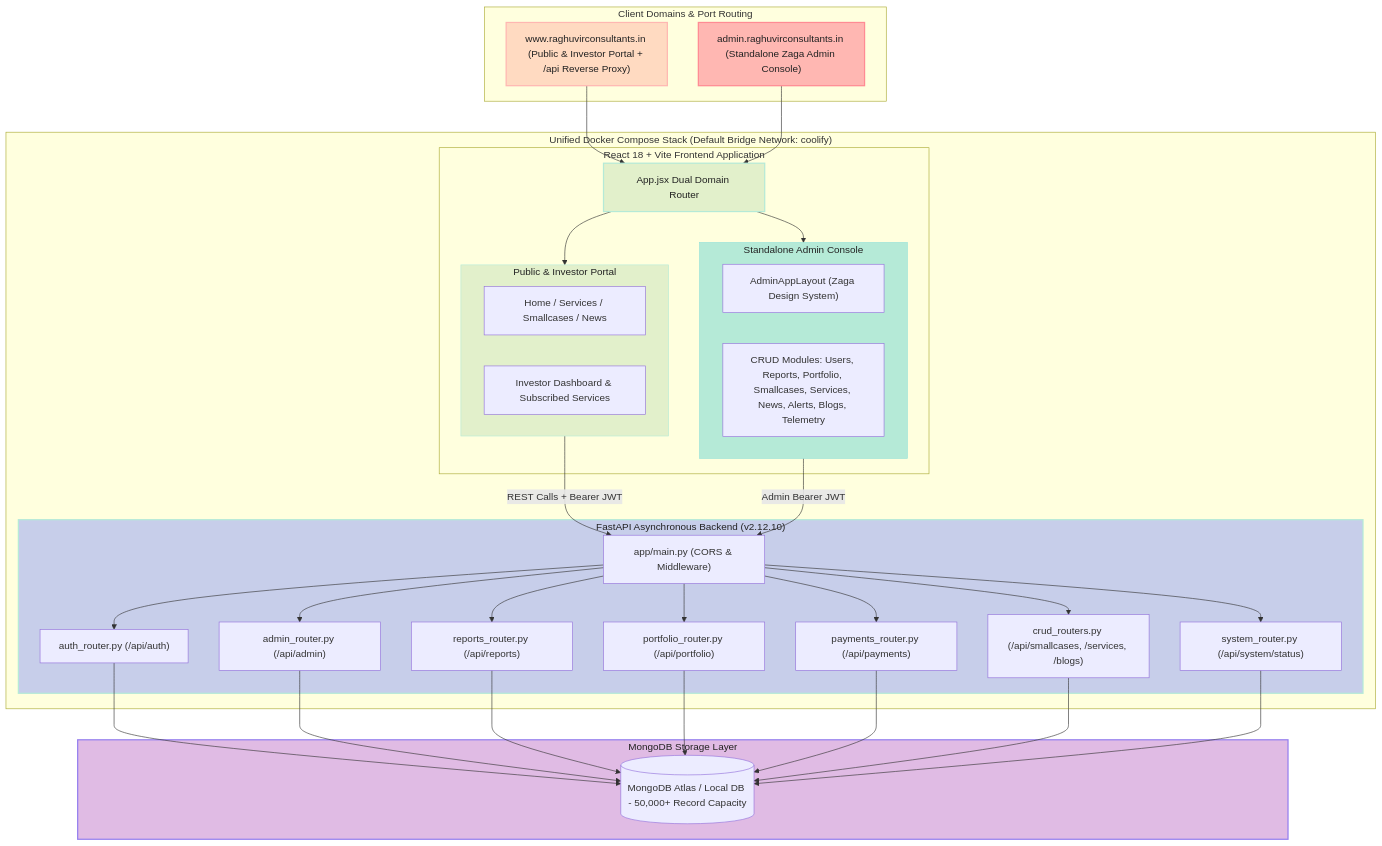
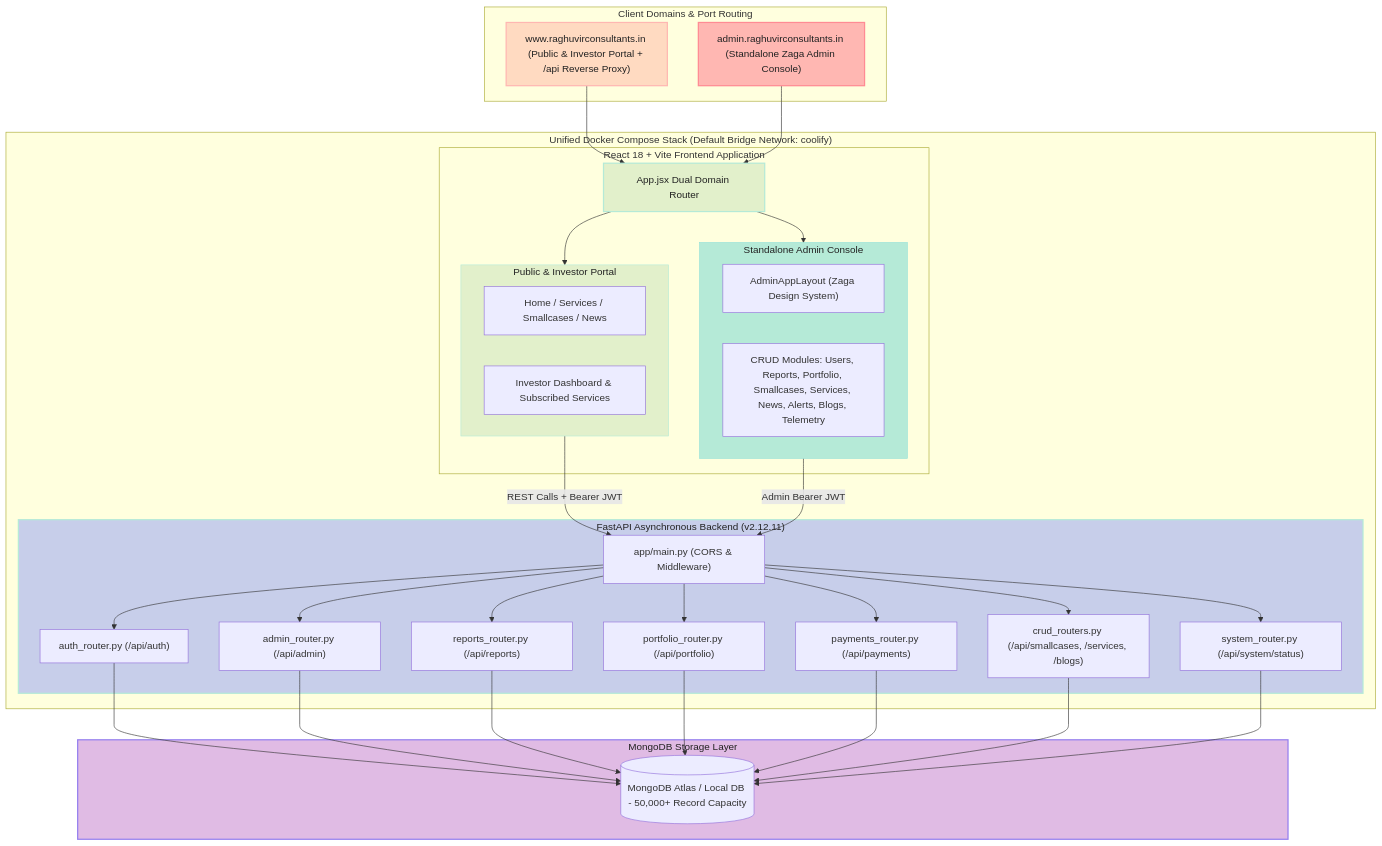
Before and after one commit to tejasrsuthar/raghuvirconsultants-site: the first of 2 diagrams in backend/docs/ARCHITECTURE.md, drawn with Mermaid. The commit also changed other lines of this file and 9 other files, not shown here.

````diff
--- a/backend/docs/ARCHITECTURE.md
+++ b/backend/docs/ARCHITECTURE.md
@@ -14,72 +14,72 @@
 ```mermaid
 graph TD
     subgraph ClientDomains["Client Domains & Port Routing"]
         PublicDomain["www.raghuvirconsultants.in (Public & Investor Portal + /api Reverse Proxy)"]
         AdminDomain["admin.raghuvirconsultants.in (Standalone Zaga Admin Console)"]
     end
 
     subgraph ComposeStack["Unified Docker Compose Stack (Default Bridge Network: coolify)"]
         subgraph ReactFrontend["React 18 + Vite Frontend Application"]
             AppRouter["App.jsx Dual Domain Router"]
             
             subgraph PublicPortal["Public & Investor Portal"]
               PublicViews["Home / Services / Smallcases / News"]
               InvestorPortal["Investor Dashboard & Subscribed Services"]
             end
 
             subgraph ZagaAdmin["Standalone Admin Console"]
               AdminLayout["AdminAppLayout (Zaga Design System)"]
               AdminModules["CRUD Modules: Users, Reports, Portfolio, Smallcases, Services, News, Alerts, Blogs, Telemetry"]
             end
         end
 
-        subgraph FastAPIServer["FastAPI Asynchronous Backend (v2.12.10)"]
+        subgraph FastAPIServer["FastAPI Asynchronous Backend (v2.12.11)"]
             API["app/main.py (CORS & Middleware)"]
             AuthRouter["auth_router.py (/api/auth)"]
             AdminRouter["admin_router.py (/api/admin)"]
             ReportsRouter["reports_router.py (/api/reports)"]
             PortfolioRouter["portfolio_router.py (/api/portfolio)"]
             PaymentsRouter["payments_router.py (/api/payments)"]
             CRUDRouters["crud_routers.py (/api/smallcases, /services, /blogs)"]
             SystemRouter["system_router.py (/api/system/status)"]
         end
     end
 
     subgraph DataStore["MongoDB Storage Layer"]
         MongoDB[(MongoDB Atlas / Local DB - 50,000+ Record Capacity)]
     end
 
     PublicDomain --> AppRouter
     AdminDomain --> AppRouter
 
     AppRouter --> PublicPortal
     AppRouter --> ZagaAdmin
 
     PublicPortal -->|REST Calls + Bearer JWT| API
     ZagaAdmin -->|Admin Bearer JWT| API
 
     API --> AuthRouter
     API --> AdminRouter
     API --> ReportsRouter
     API --> PortfolioRouter
     API --> PaymentsRouter
     API --> CRUDRouters
     API --> SystemRouter
 
     AuthRouter --> MongoDB
     AdminRouter --> MongoDB
     ReportsRouter --> MongoDB
     PortfolioRouter --> MongoDB
     PaymentsRouter --> MongoDB
     CRUDRouters --> MongoDB
     SystemRouter --> MongoDB
 
     %% Pastel Color Palette Styling
     style PublicDomain fill:#FFDAC1,stroke:#FFB7B2,stroke-width:2px,color:#222;
     style AdminDomain fill:#FFB7B2,stroke:#FF8B94,stroke-width:2px,color:#222;
     style AppRouter fill:#E2F0CB,stroke:#B5EAD7,stroke-width:2px,color:#222;
     style PublicPortal fill:#E2F0CB,stroke:#B5EAD7,stroke-width:1px,color:#222;
     style ZagaAdmin fill:#B5EAD7,stroke:#93E1D8,stroke-width:1px,color:#222;
     style FastAPIServer fill:#C7CEEA,stroke:#B5EAD7,stroke-width:2px,color:#222;
     style DataStore fill:#E0BBE4,stroke:#957FEF,stroke-width:2px,color:#222;
 ```
````
